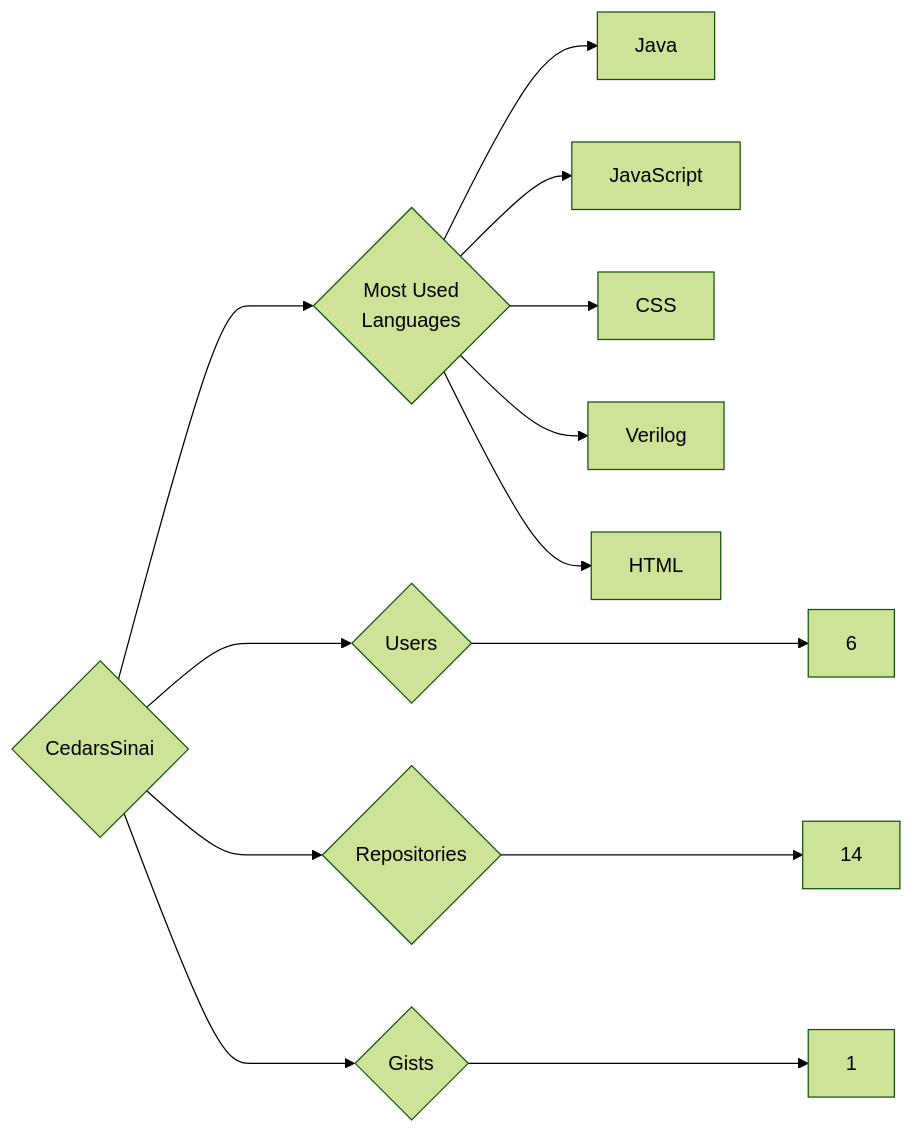
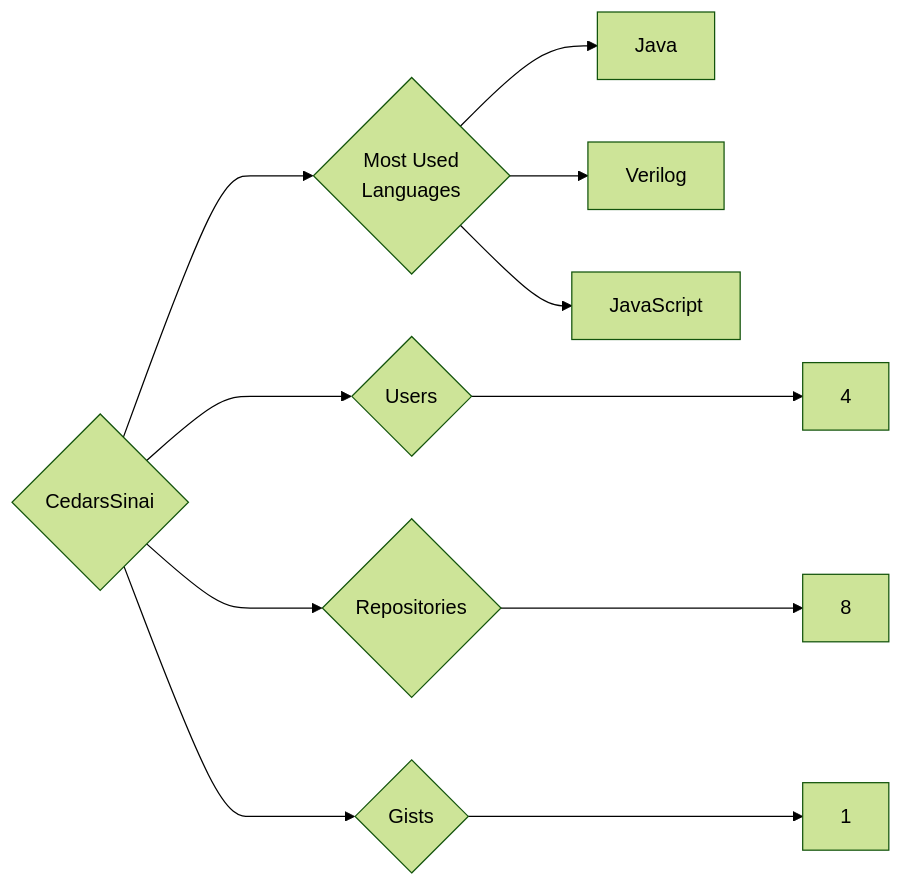
Before and after one commit to trickest/insiders: the diagram in targets/CedarsSinai/README.md, drawn with Mermaid (forest theme). The commit also changed 857 other files, not shown here.

````diff
--- a/targets/CedarsSinai/README.md
+++ b/targets/CedarsSinai/README.md
@@ -3,13 +3,11 @@
 ```mermaid
 graph LR
 COMPANY_NAME{CedarsSinai}
-COMPANY_NAME ---> U{Users} ---> UN[6]
-COMPANY_NAME ---> R{Repositories} ---> RN[14]
+COMPANY_NAME ---> U{Users} ---> UN[4]
+COMPANY_NAME ---> R{Repositories} ---> RN[8]
 COMPANY_NAME ---> G{Gists} ---> GN[1]
 COMPANY_NAME ---> ML{Most Used<br>Languages}
 ML --> Java[Java]
+ML --> Verilog[Verilog]
 ML --> JavaScript[JavaScript]
-ML --> CSS[CSS]
-ML --> Verilog[Verilog]
-ML --> HTML[HTML]
 ```
````
